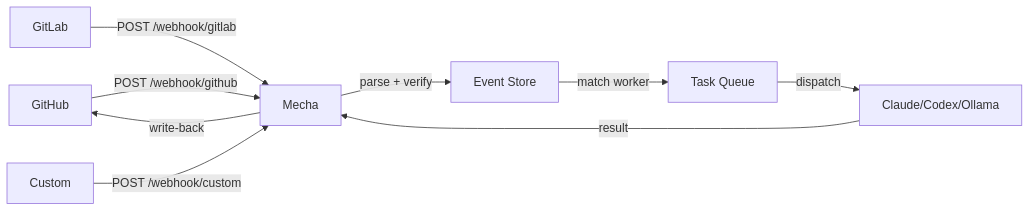
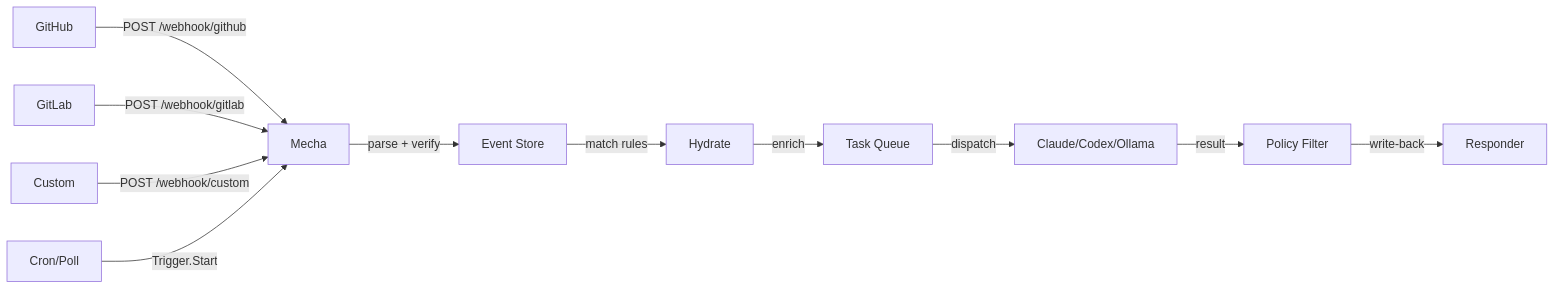
Before and after one commit to xiaolai/mecha.im: the first of 2 diagrams in website/guide/events.md, drawn with Mermaid. The commit also changed other lines of this file, not shown here.

First line of the commit message:
docs: push events.md to 100% — universal event model, provider interfaces

````diff
--- a/website/guide/events.md
+++ b/website/guide/events.md
@@ -12,11 +40,13 @@
 ```mermaid
 flowchart LR
     GH[GitHub] -->|POST /webhook/github| Mecha
     GL[GitLab] -->|POST /webhook/gitlab| Mecha
     Custom[Custom] -->|POST /webhook/custom| Mecha
+    Cron[Cron/Poll] -->|Trigger.Start| Mecha
     Mecha -->|parse + verify| Event[Event Store]
-    Event -->|match worker| Task[Task Queue]
+    Event -->|match rules| Hydrate[Hydrate]
+    Hydrate -->|enrich| Task[Task Queue]
     Task -->|dispatch| Worker[Claude/Codex/Ollama]
-    Worker -->|result| Mecha
-    Mecha -->|write-back| GH
+    Worker -->|result| Policy[Policy Filter]
+    Policy -->|write-back| Responder[Responder]
 ```
````
